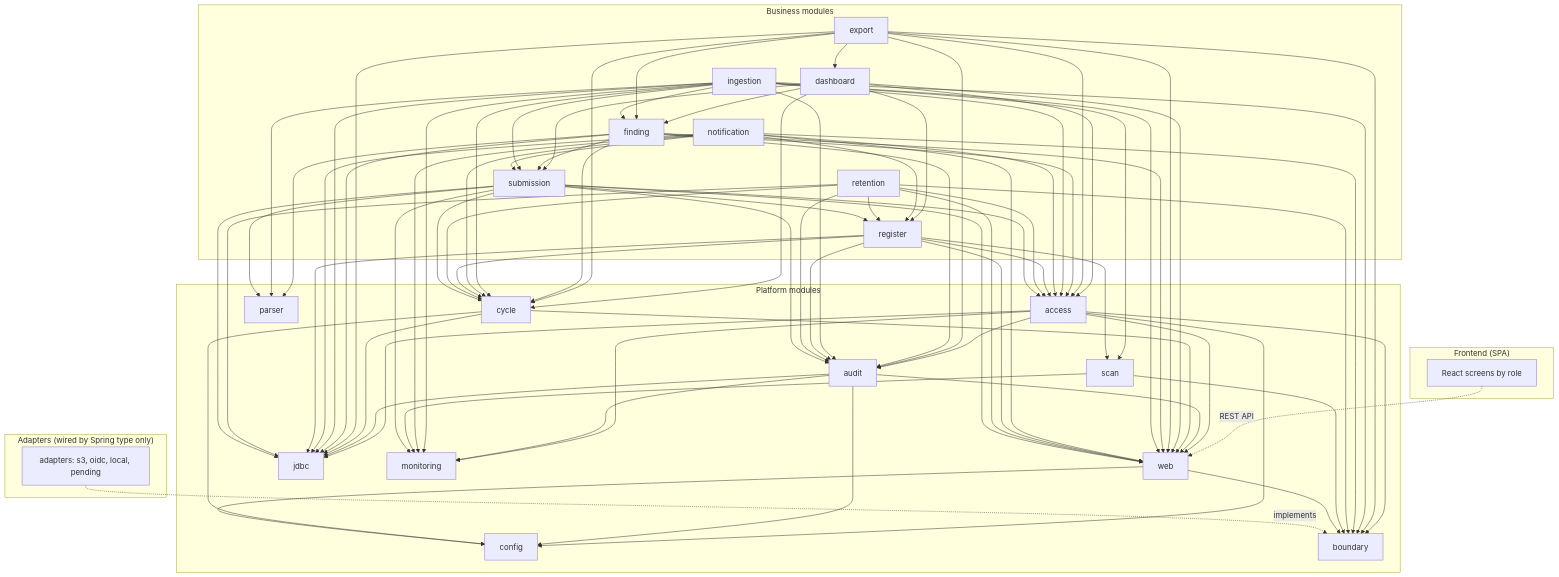
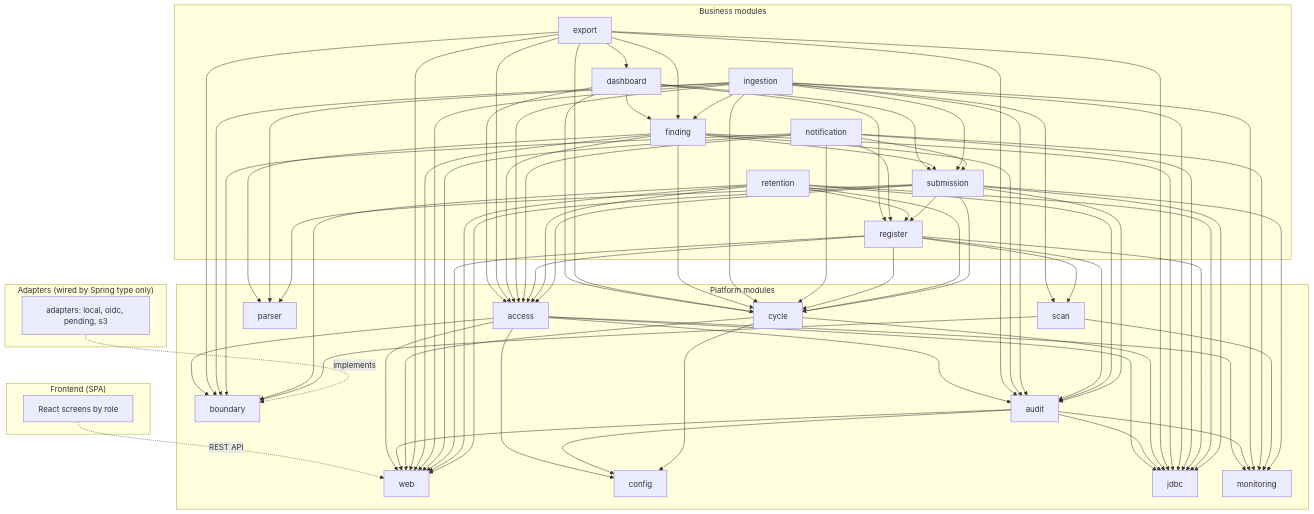
One commit to asheewee1771/annualVA2 changed the first of 5 diagrams in docs/tech-architecture.md. Above: the diagram before and after it, drawn with Mermaid. The commit also changed other lines of this file and 7 other files, not shown here.

Commit message:
docs: make the architecture document refreshable and record the ticket 52 corrections

````diff
--- a/docs/tech-architecture.md
+++ b/docs/tech-architecture.md
@@ -50,29 +55,29 @@
     FE[React screens by role]
   end
   subgraph Business["Business modules"]
+    register[register]
+    submission[submission]
+    finding[finding]
     ingestion[ingestion]
-    finding[finding]
-    submission[submission]
-    register[register]
     dashboard[dashboard]
     notification[notification]
     export[export]
     retention[retention]
   end
   subgraph Platform["Platform modules"]
+    web[web]
+    config[config]
+    jdbc[jdbc]
+    boundary[boundary]
+    monitoring[monitoring]
+    audit[audit]
     access[access]
-    audit[audit]
     cycle[cycle]
     scan[scan]
     parser[parser]
-    web[web]
-    config[config]
-    jdbc[jdbc]
-    monitoring[monitoring]
-    boundary[boundary]
   end
   subgraph Adapters["Adapters (wired by Spring type only)"]
-    adapters[adapters: s3, oidc, local, pending]
+    adapters[adapters: local, oidc, pending, s3]
   end
   FE -.->|REST API| web
   access --> audit
@@ -93,7 +98,6 @@
   dashboard --> finding
   dashboard --> register
   dashboard --> submission
-  dashboard --> web
   export --> access
   export --> audit
   export --> boundary
@@ -151,7 +155,5 @@
   submission --> parser
   submission --> register
   submission --> web
-  web --> boundary
-  web --> config
   adapters -.->|implements| boundary
 ```
````
